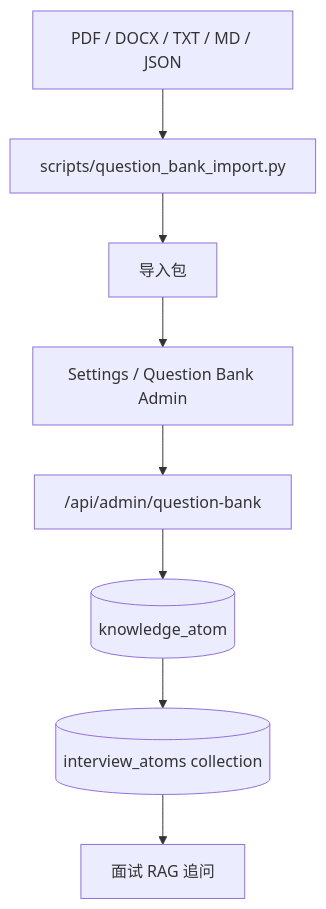
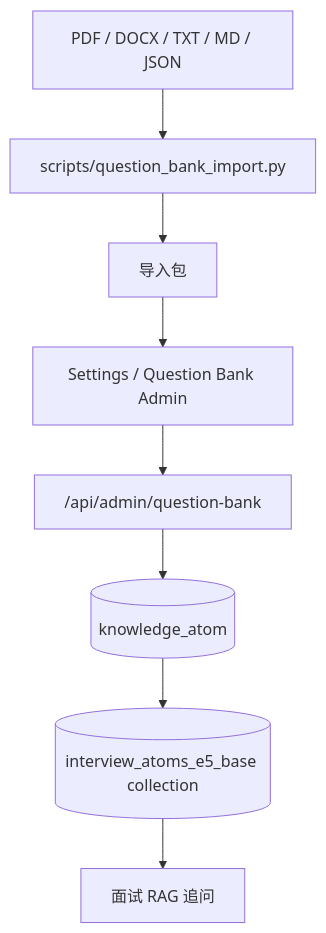
One commit to nzy0510/AI-Interview changed the second of 2 diagrams in README.md. Above: the diagram before and after it, drawn with Mermaid. The commit also changed other lines of this file and 5 other files, not shown here.

````diff
--- a/README.md
+++ b/README.md
@@ -171,10 +173,10 @@
 ```mermaid
 graph TD
     Source["PDF / DOCX / TXT / MD / JSON"] --> Script["scripts/question_bank_import.py"]
     Script --> Package["导入包"]
     Package --> Admin["Settings / Question Bank Admin"]
     Admin --> API["/api/admin/question-bank"]
     API --> MySQL[("knowledge_atom")]
-    MySQL --> Qdrant[("interview_atoms collection")]
+    MySQL --> Qdrant[("interview_atoms_e5_base collection")]
     Qdrant --> Interview["面试 RAG 追问"]
 ```
````
